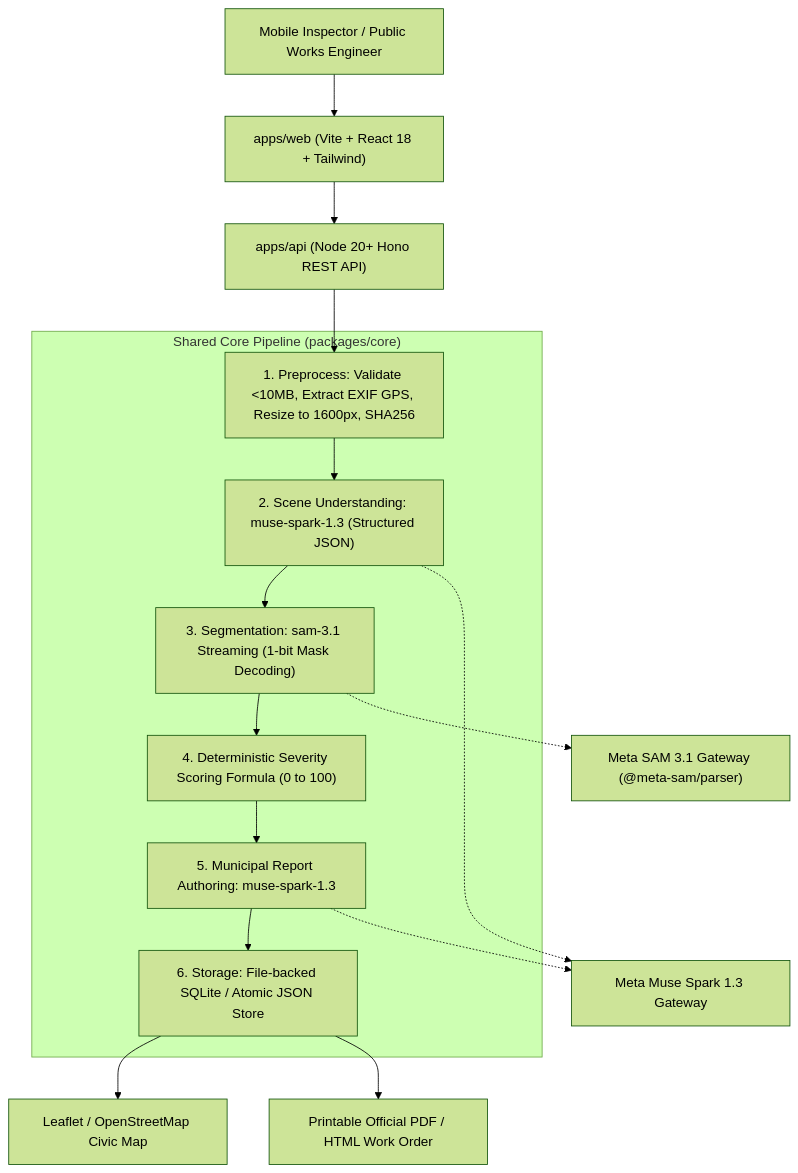
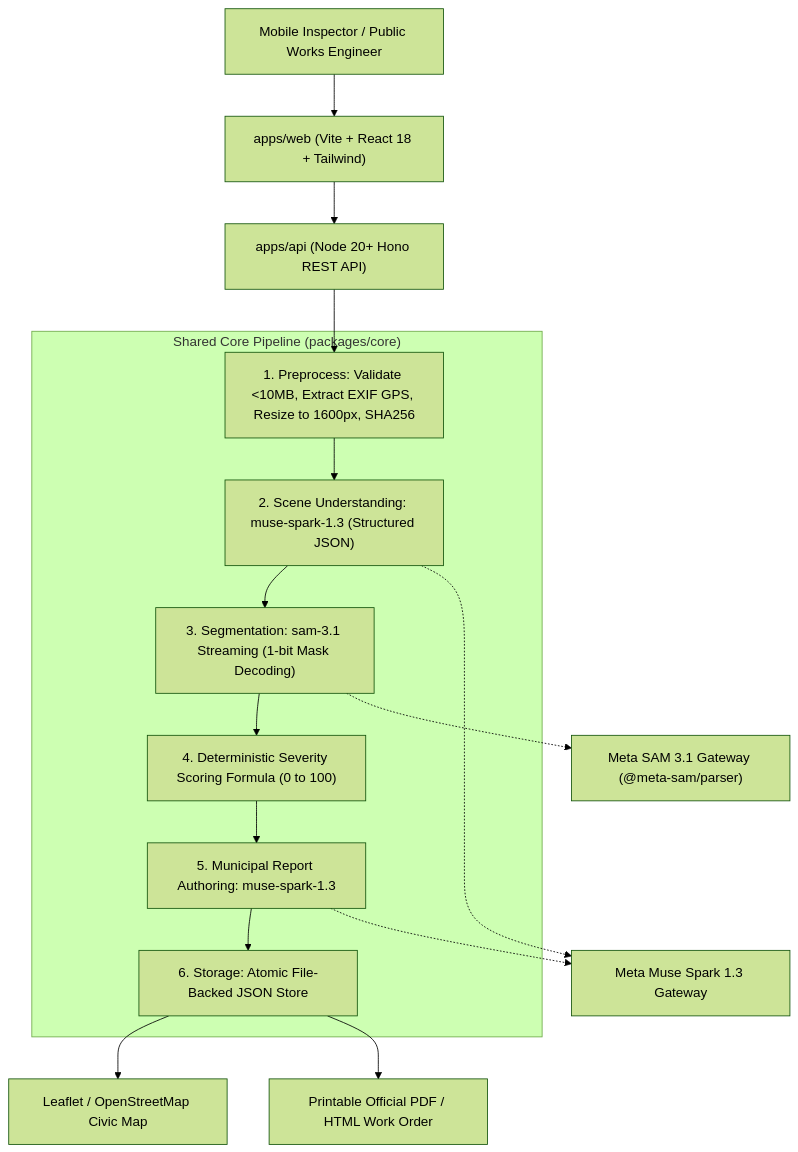
One commit to Foxcrack/viaguard changed the diagram in README.md. Above: the diagram before and after it, drawn with Mermaid (forest theme). The commit also changed other lines of this file and 2 other files, not shown here.

````diff
--- a/README.md
+++ b/README.md
@@ -45,28 +45,28 @@
 ```mermaid
 flowchart TD
     User["Mobile Inspector / Public Works Engineer"] --> Web["apps/web (Vite + React 18 + Tailwind)"]
     Web --> API["apps/api (Node 20+ Hono REST API)"]
     
     subgraph CorePipeline["Shared Core Pipeline (packages/core)"]
         Preprocess["1. Preprocess: Validate &lt;10MB, Extract EXIF GPS, Resize to 1600px, SHA256"]
         MuseVision["2. Scene Understanding: muse-spark-1.3 (Structured JSON)"]
         SAMStream["3. Segmentation: sam-3.1 Streaming (1-bit Mask Decoding)"]
         Scoring["4. Deterministic Severity Scoring Formula (0 to 100)"]
         MuseReport["5. Municipal Report Authoring: muse-spark-1.3"]
-        Persist["6. Storage: File-backed SQLite / Atomic JSON Store"]
+        Persist["6. Storage: Atomic File-Backed JSON Store"]
     end
     
     API --> Preprocess
     Preprocess --> MuseVision
     MuseVision --> SAMStream
     SAMStream --> Scoring
     Scoring --> MuseReport
     MuseReport --> Persist
     
     SAMStream -.-> MetaSAM["Meta SAM 3.1 Gateway (@meta-sam/parser)"]
     MuseVision -.-> MetaMuse["Meta Muse Spark 1.3 Gateway"]
     MuseReport -.-> MetaMuse
     
     Persist --> Map["Leaflet / OpenStreetMap Civic Map"]
     Persist --> Export["Printable Official PDF / HTML Work Order"]
 ```
````
